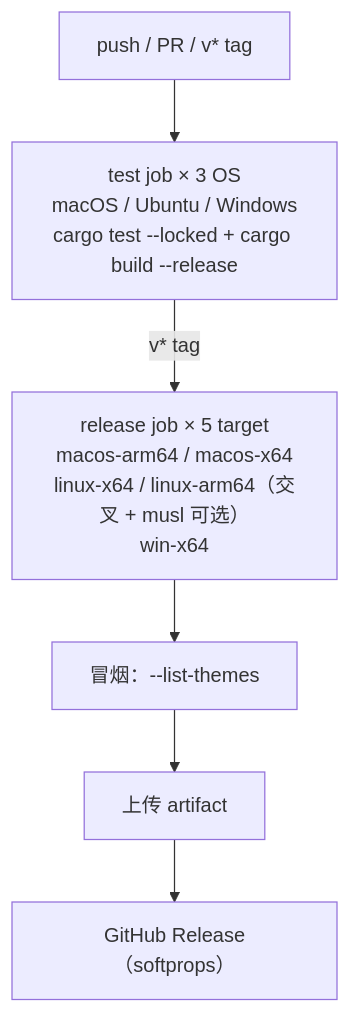
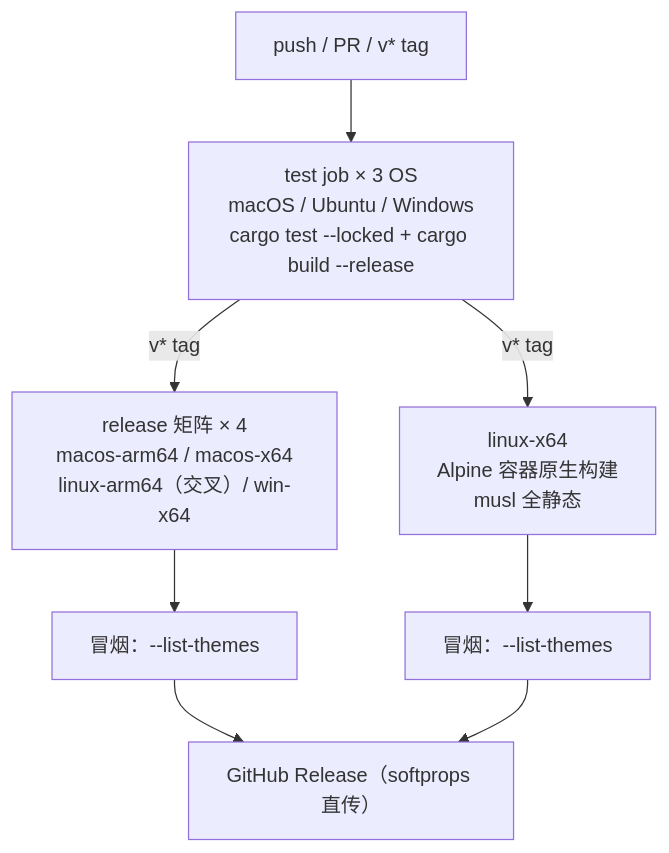
Before and after one commit to xinchentechnote/md2html-rs: the eighth of 8 diagrams in docs/DESIGN.md, drawn with Mermaid. The commit also changed other lines of this file and 9 other files, not shown here.

````diff
--- a/docs/DESIGN.md
+++ b/docs/DESIGN.md
@@ -501,8 +499,10 @@
 ```mermaid
 flowchart TD
     A["push / PR / v* tag"] --> T["test job × 3 OS<br/>macOS / Ubuntu / Windows<br/>cargo test --locked + cargo build --release"]
-    T -->|"v* tag"| R["release job × 5 target<br/>macos-arm64 / macos-x64<br/>linux-x64 / linux-arm64（交叉 + musl 可选）<br/>win-x64"]
+    T -->|"v* tag"| R["release 矩阵 × 4<br/>macos-arm64 / macos-x64<br/>linux-arm64（交叉）/ win-x64"]
+    T -->|"v* tag"| M["linux-x64<br/>Alpine 容器原生构建<br/>musl 全静态"]
     R --> S["冒烟：--list-themes"]
-    S --> AR["上传 artifact"]
-    AR --> REL["GitHub Release（softprops）"]
+    M --> S2["冒烟：--list-themes"]
+    S --> REL["GitHub Release（softprops 直传）"]
+    S2 --> REL
 ```
````
